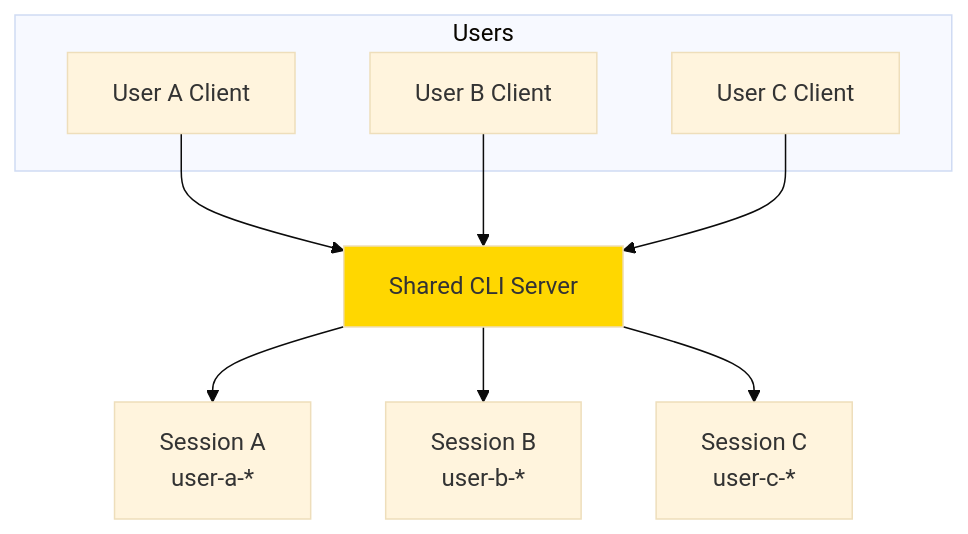
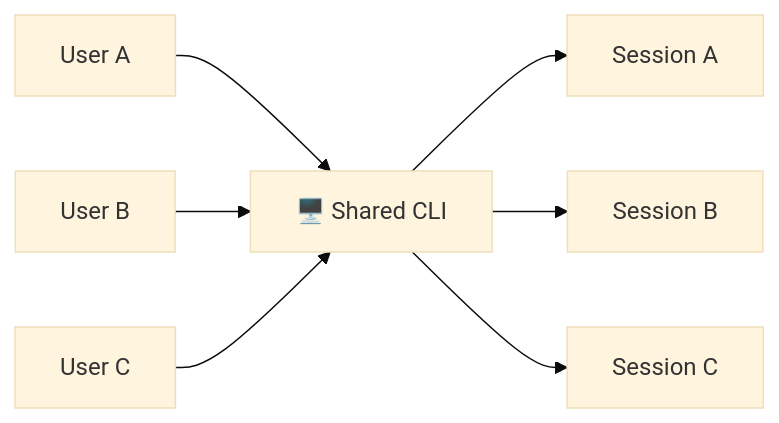
The fifth of 6 diagrams in docs/guides/session-persistence.md (javiormeow/copilot-sdk), drawn with Mermaid (base theme) before and after one commit. The commit also changed other lines of this file, not shown here.

First line of the commit message:
Improve Mermaid diagrams: horizontal layout, cleaner colors

````diff
--- a/docs/guides/session-persistence.md
+++ b/docs/guides/session-persistence.md
@@ -392,20 +345,9 @@
 ```mermaid
-flowchart TB
-    subgraph Users
-        UA[User A Client]
-        UB[User B Client]
-        UC[User C Client]
-    end
-    
-    UA --> CLI
-    UB --> CLI
-    UC --> CLI
-    
-    CLI[Shared CLI Server]
-    
-    CLI --> SA[Session A<br/>user-a-*]
-    CLI --> SB[Session B<br/>user-b-*]
-    CLI --> SC[Session C<br/>user-c-*]
-    
-    style CLI fill:#FFD700
+flowchart LR
+    UA[User A] --> CLI
+    UB[User B] --> CLI
+    UC[User C] --> CLI
+    CLI[🖥️ Shared CLI] --> SA[Session A]
+    CLI --> SB[Session B]
+    CLI --> SC[Session C]
 ```
````
